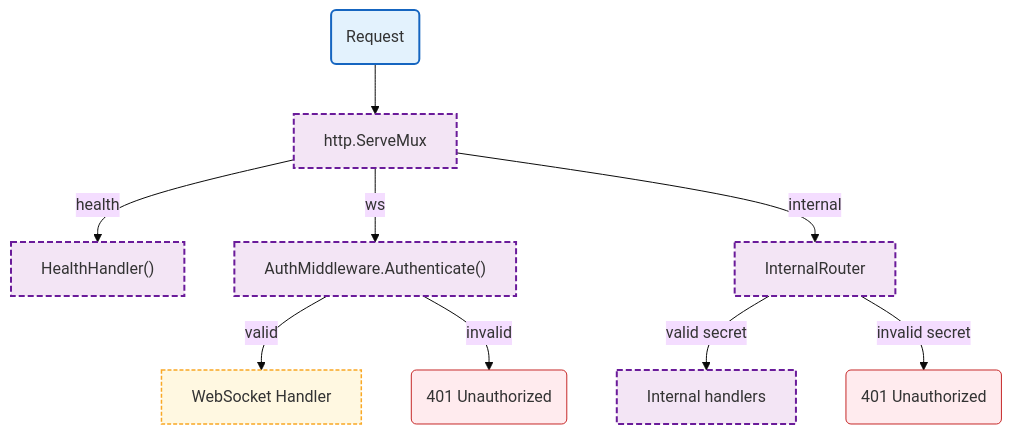
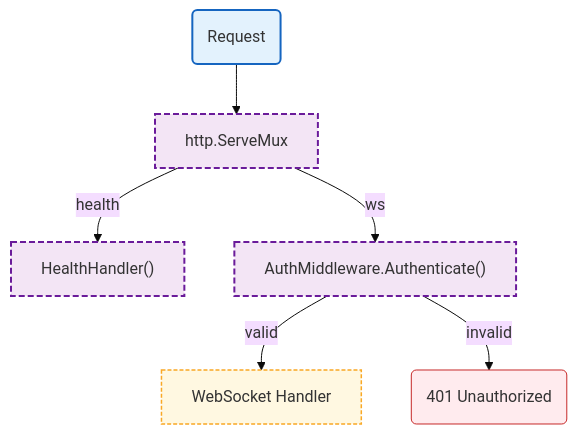
One commit to radch-ai/ava changed the diagram in docs/internal/server/README.md. Above: the diagram before and after it, drawn with Mermaid (base theme). The commit also changed other lines of this file and 2 other files, not shown here.

First line of the commit message:
docs: update for internal router removal

````diff
--- a/docs/internal/server/README.md
+++ b/docs/internal/server/README.md
@@ -7,25 +7,21 @@
 ```mermaid
 flowchart TB
     Start("Request") --> Mux["http.ServeMux"]
     Mux -->|health| Health["HealthHandler()"]
     Mux -->|ws| AuthMW["AuthMiddleware.Authenticate()"]
-    Mux -->|internal| Internal["InternalRouter"]
-    
+
     AuthMW -->|valid| WSHandler["WebSocket Handler"]
     AuthMW -->|invalid| AuthErr("401 Unauthorized")
-    
-    Internal -->|valid secret| InternalHandler["Internal handlers"]
-    Internal -->|invalid secret| InternalErr("401 Unauthorized")
 
     click WSHandler href "../websocket.md"
 
     classDef mainFn fill:#e3f2fd,stroke:#1565c0,stroke-width:2px
     classDef internalFn fill:#f3e5f5,stroke:#6a1b9a,stroke-width:2px,stroke-dasharray:6 3
     classDef localPkgs fill:#fff8e1,stroke:#f9a825,stroke-width:1.5px,stroke-dasharray:4 2
     classDef errorFlow fill:#ffebee,stroke:#c62828,stroke-width:1px
 
     class Start mainFn
-    class Mux,Health,AuthMW,Internal,InternalHandler internalFn
+    class Mux,Health,AuthMW internalFn
     class WSHandler localPkgs
-    class AuthErr,InternalErr errorFlow
+    class AuthErr errorFlow
 ```
````
